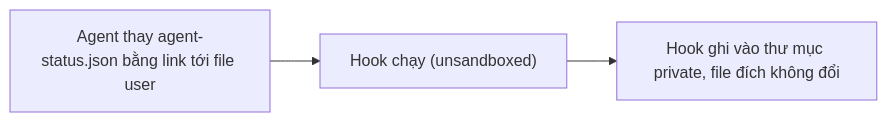
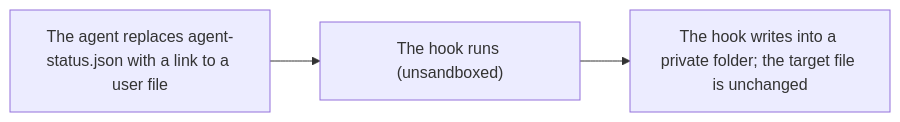
One commit to jangtrinh/design-os-studio changed the diagram in plans/specs/v0.7-effects-export/us/US-07.md. Above: the diagram before and after it, drawn with Mermaid. The commit also changed other lines of this file and 38 other files, not shown here.

````diff
--- a/plans/specs/v0.7-effects-export/us/US-07.md
+++ b/plans/specs/v0.7-effects-export/us/US-07.md
@@ -38,5 +38,5 @@
 ```mermaid
 flowchart LR
-  A["Agent thay agent-status.json bằng link tới file user"] --> B["Hook chạy (unsandboxed)"]
-  B --> C["Hook ghi vào thư mục private, file đích không đổi"]
+  A["The agent replaces agent-status.json with a link to a user file"] --> B["The hook runs (unsandboxed)"]
+  B --> C["The hook writes into a private folder; the target file is unchanged"]
 ```
````
